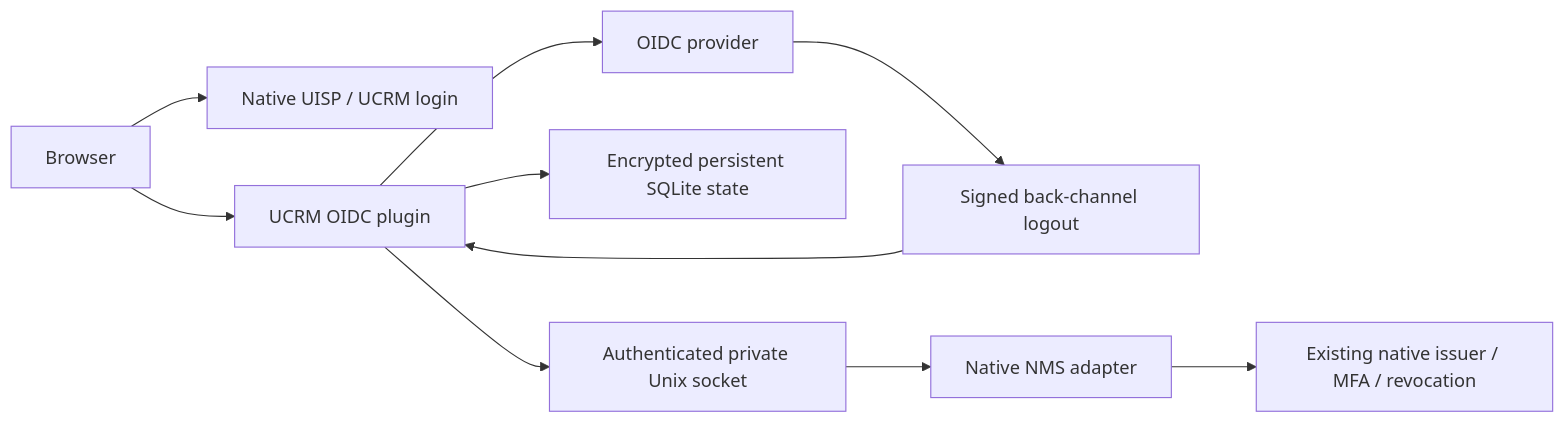
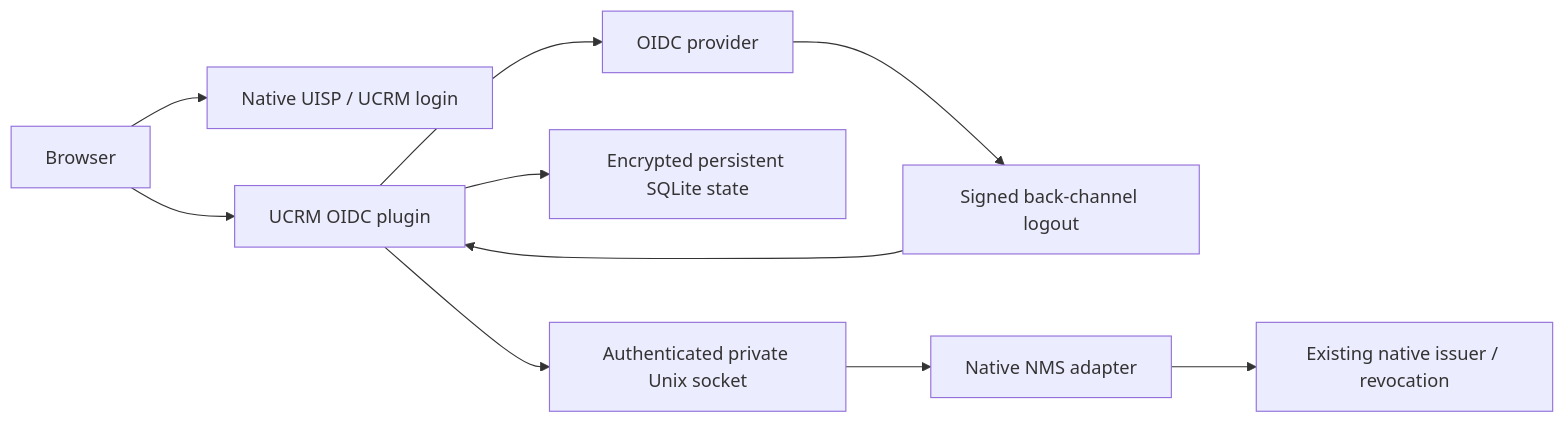
One commit to reard3n/ucrm-plugin-oidc changed the diagram in docs/architecture.md. Above: the diagram before and after it, drawn with Mermaid. The commit also changed other lines of this file and 12 other files, not shown here.

````diff
--- a/docs/architecture.md
+++ b/docs/architecture.md
@@ -8,12 +8,12 @@
 ```mermaid
 flowchart LR
   Browser --> Native[Native UISP / UCRM login]
   Browser --> Plugin[UCRM OIDC plugin]
   Plugin --> Provider[OIDC provider]
   Provider --> Callback[Signed back-channel logout]
   Callback --> Plugin
   Plugin --> SQLite[Encrypted persistent SQLite state]
   Plugin --> Socket[Authenticated private Unix socket]
   Socket --> Adapter[Native NMS adapter]
-  Adapter --> Issuer[Existing native issuer / MFA / revocation]
+  Adapter --> Issuer[Existing native issuer / revocation]
 ```
````
